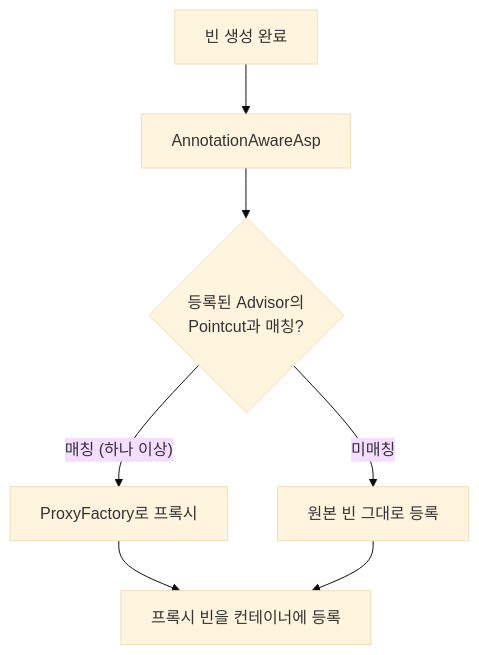
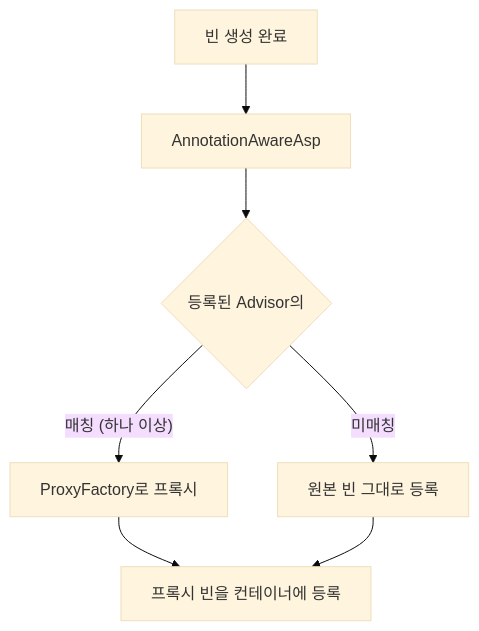
The ninth of 11 diagrams in _posts/spring/2026-05-02-spring-core-advanced.md (yjkim2015/yjkim2015.github.io), drawn with Mermaid (base theme) before and after one commit. The commit also changed other lines of this file and 217 other files, not shown here.

First line of the commit message:
Mermaid 크기 수정: useMaxWidth:true + SVG max-width:100% + 라벨 축소

````diff
--- a/_posts/spring/2026-05-02-spring-core-advanced.md
+++ b/_posts/spring/2026-05-02-spring-core-advanced.md
@@ -517,9 +517,9 @@
 ```mermaid
 flowchart TD
     A["빈 생성 완료"] --> B["AnnotationAwareAsp"]
-    B --> C{"등록된 Advisor의\nPointcut과 매칭?"}
+    B --> C{"등록된 Advisor의"}
     C -->|"매칭 (하나 이상)"| D["ProxyFactory로 프록시"]
     C -->|"미매칭"| E["원본 빈 그대로 등록"]
     D --> F["프록시 빈을 컨테이너에 등록"]
     E --> F
 ```
````
